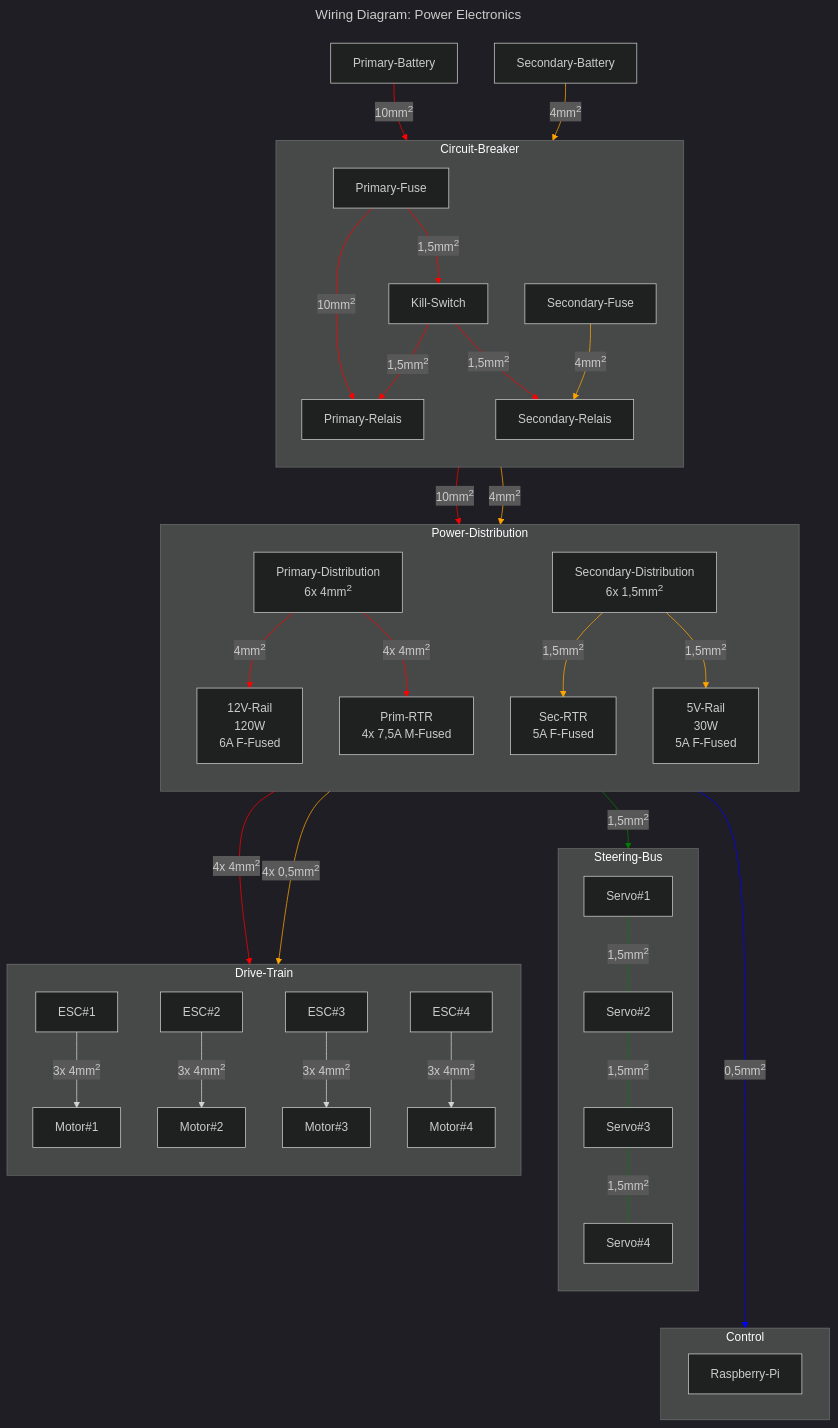
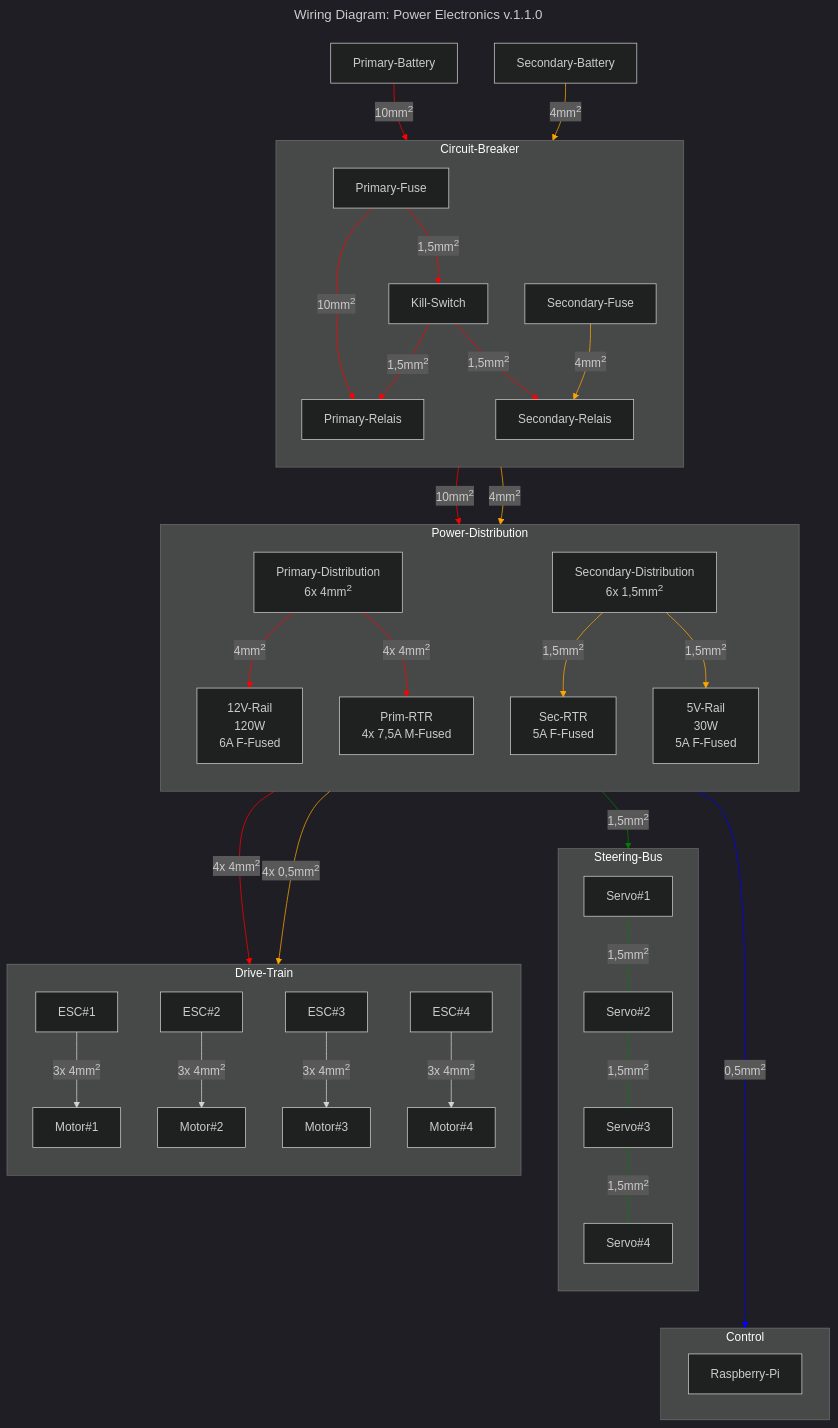
One commit to RWU-R2M/PE changed the diagram in hardware/wiring-diagram-p.mmd. Above: the diagram before and after it, drawn with Mermaid (dark theme).

Commit message:
changed WD to v1.1.0 as well

```diff
--- a/hardware/wiring-diagram-p.mmd
+++ b/hardware/wiring-diagram-p.mmd
@@ -1,52 +1,52 @@
 ---
-title: "Wiring Diagram: Power Electronics"
+title: "Wiring Diagram: Power Electronics v.1.1.0"
 ---
-%% v1.0.0
+%% v1.1.0
 
 graph TB
 
 Primary-Battery --> |10mm<sup>2| Primary-Fuse
 Secondary-Battery --> |4mm<sup>2| Secondary-Fuse
 subgraph Circuit-Breaker
     direction TB
     Primary-Fuse --> |10mm<sup>2| Primary-Relais
     Primary-Fuse --> |1,5mm<sup>2| Kill-Switch --> |1,5mm<sup>2| Primary-Relais & Secondary-Relais  
     Secondary-Fuse --> |4mm<sup>2| Secondary-Relais
 end
 
 Primary-Relais --> |10mm<sup>2| PD
 Secondary-Relais --> |4mm<sup>2| SD
 subgraph Power-Distribution
     direction TB
     PD[Primary-Distribution \n 6x 4mm<sup>2] 
     PD --> |4mm<sup>2| PDF1[12V-Rail \n 120W \n 6A F-Fused]
     PD --> |4x 4mm<sup>2| PDF2[Prim-RTR \n 4x 7,5A M-Fused] 
     SD[Secondary-Distribution \n 6x 1,5mm<sup>2] --> |1,5mm<sup>2| SDF1[Sec-RTR \n 5A F-Fused] & SDF2[5V-Rail \n 30W \n 5A F-Fused]
 end
 
 PDF1 --> |1,5mm<sup>2| Steering-Bus
 subgraph Steering-Bus
     direction TB
     Servo#1 --- |1,5mm<sup>2| Servo#2 --- |1,5mm<sup>2| Servo#3 --- |1,5mm<sup>2| Servo#4
 end
 
 
 PDF2--> |4x 4mm<sup>2| Drive-Train
 SDF1 --> |4x 0,5mm<sup>2| Drive-Train
 subgraph Drive-Train
     direction TB
     ESC#1 --> |3x 4mm<sup>2| Motor#1
     ESC#2 --> |3x 4mm<sup>2| Motor#2
     ESC#3 --> |3x 4mm<sup>2| Motor#3
     ESC#4 --> |3x 4mm<sup>2| Motor#4
 end
 
 SDF2 ---> |0,5mm<sup>2| Control
 subgraph Control
     Raspberry-Pi
 end
 
 linkStyle 0,2,3,4,5,7,9,10,17 stroke:red
 linkStyle 1,6,8,11,12,18 stroke:orange
 linkStyle 13,14,15,16 stroke:green
 linkStyle 23 stroke:blue
```
